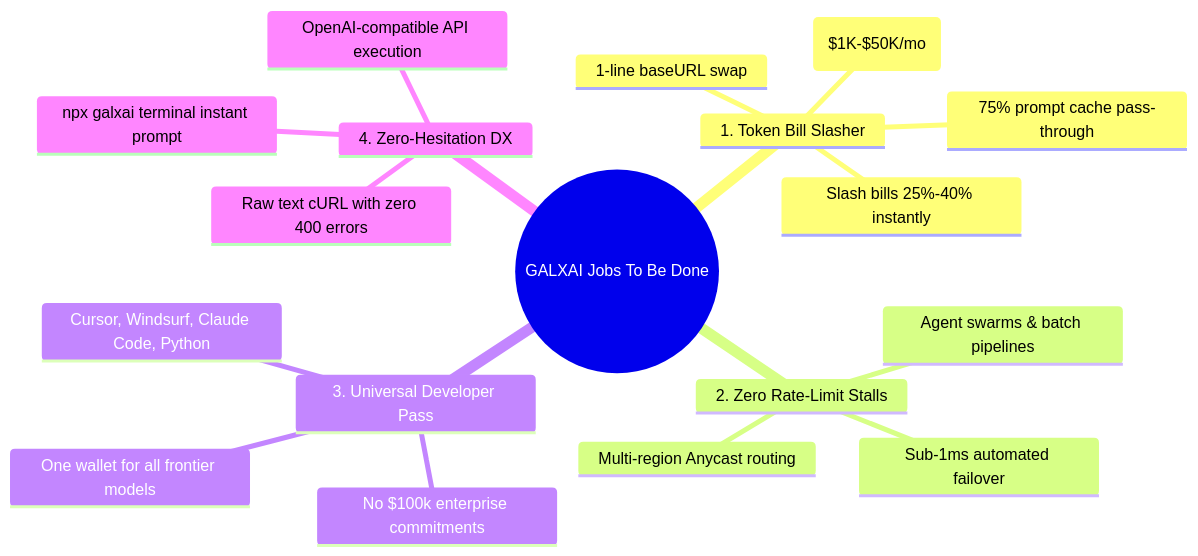
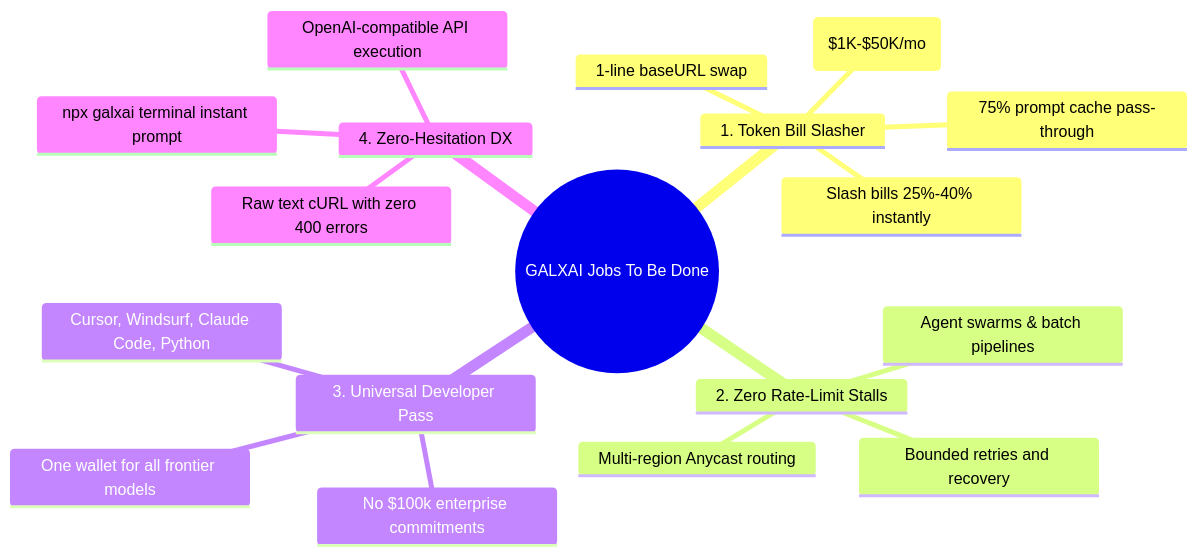
The first of 2 diagrams in docs/GTM_STRATEGY.md (CardSorting/GALXAI), drawn with Mermaid before and after one commit. The commit also changed other lines of this file and 75 other files, not shown here.

First line of the commit message:
docs: align architecture and runbooks with current relay strategy

````diff
--- a/docs/GTM_STRATEGY.md
+++ b/docs/GTM_STRATEGY.md
@@ -17,21 +17,21 @@
 ```mermaid
 mindmap
   root((GALXAI Jobs To Be Done))
     1. Token Bill Slasher
       High monthly token burn ($1K-$50K/mo)
       Slash bills 25%-40% instantly
       75% prompt cache pass-through
       1-line baseURL swap
     2. Zero Rate-Limit Stalls
       Agent swarms & batch pipelines
-      Sub-1ms automated failover
+      Bounded retries and recovery
       Multi-region Anycast routing
     3. Universal Developer Pass
       Cursor, Windsurf, Claude Code, Python
       One wallet for all frontier models
       No $100k enterprise commitments
     4. Zero-Hesitation DX
       npx galxai terminal instant prompt
       OpenAI-compatible API execution
       Raw text cURL with zero 400 errors
 ```
````
